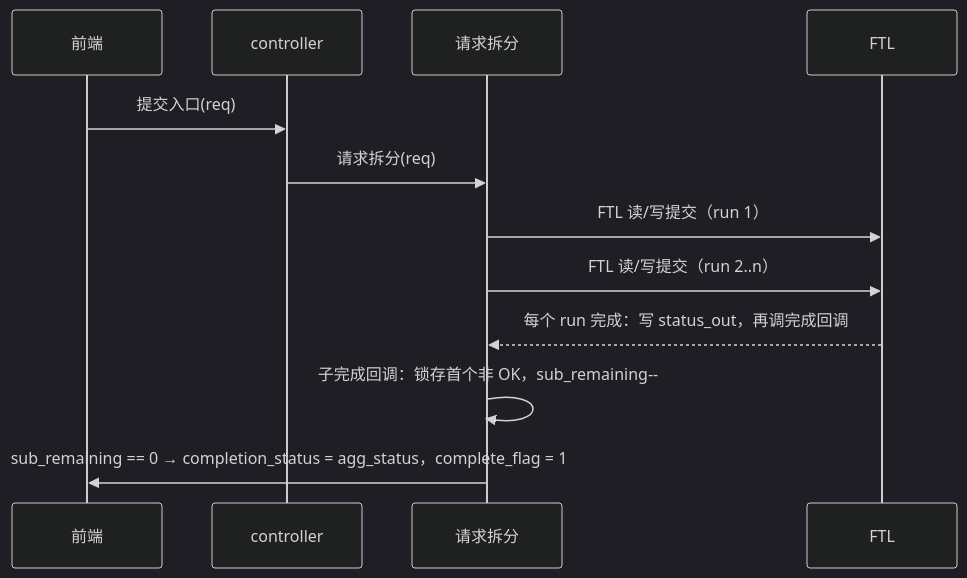
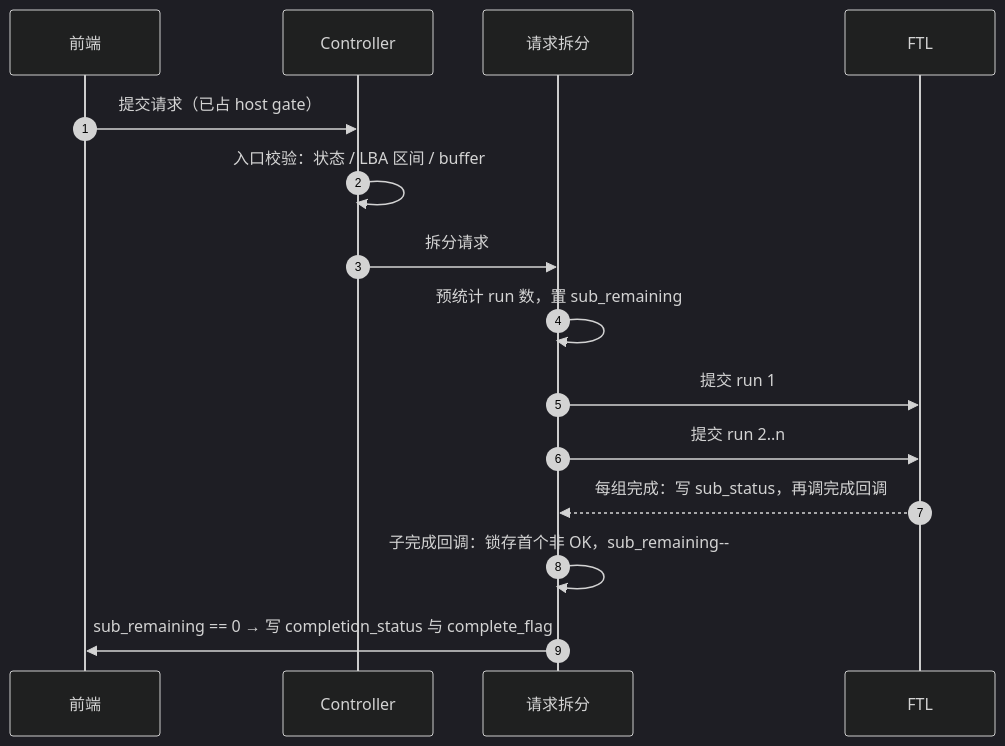
The third of 4 diagrams in docs/design/hil_design.md (YzYMIAO/BASESSD), drawn with Mermaid (dark theme) before and after one commit. The commit also changed other lines of this file and 18 other files, not shown here.

````diff
--- a/docs/design/hil_design.md
+++ b/docs/design/hil_design.md
@@ -296,14 +325,18 @@
 ```mermaid
 sequenceDiagram
+    autonumber
     participant F as 前端
-    participant C as controller
+    participant C as Controller
     participant S as 请求拆分
     participant T as FTL
-    F->>C: 提交入口(req)
-    C->>S: 请求拆分(req)
-    S->>T: FTL 读/写提交（run 1）
-    S->>T: FTL 读/写提交（run 2..n）
-    T-->>S: 每个 run 完成：写 status_out，再调完成回调
+
+    F->>C: 提交请求（已占 host gate）
+    C->>C: 入口校验：状态 / LBA 区间 / buffer
+    C->>S: 拆分请求
+    S->>S: 预统计 run 数，置 sub_remaining
+    S->>T: 提交 run 1
+    S->>T: 提交 run 2..n
+    T-->>S: 每组完成：写 sub_status，再调完成回调
     S->>S: 子完成回调：锁存首个非 OK，sub_remaining--
-    S->>F: sub_remaining == 0 → completion_status = agg_status，complete_flag = 1
+    S->>F: sub_remaining == 0 → 写 completion_status 与 complete_flag
 ```
````
